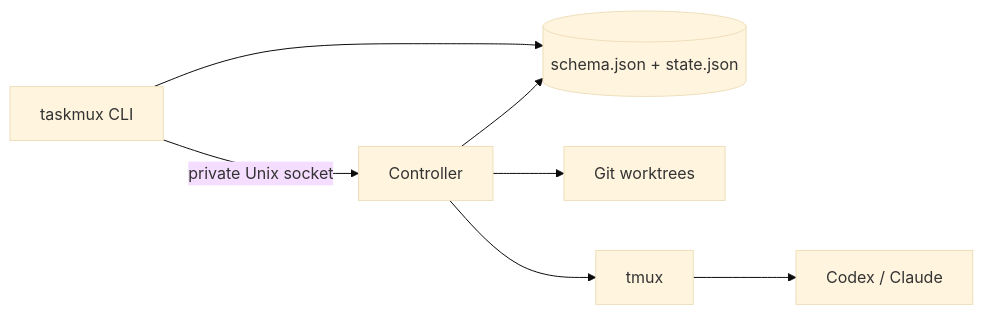
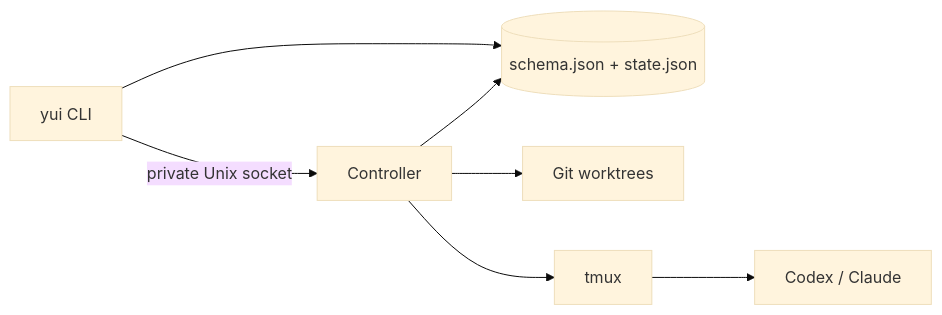
The diagram in ARCHITECTURE.md (zhangqian-silk/Yui), drawn with Mermaid (base theme) before and after one commit. The commit also changed other lines of this file and 91 other files, not shown here.

````diff
--- a/ARCHITECTURE.md
+++ b/ARCHITECTURE.md
@@ -7,9 +7,9 @@
 ```mermaid
 flowchart LR
-  CLI[taskmux CLI] --> F[(schema.json + state.json)]
+  CLI[yui CLI] --> F[(schema.json + state.json)]
   CLI -->|private Unix socket| C[Controller]
   C --> F
   C --> G[Git worktrees]
   C --> T[tmux]
   T --> A[Codex / Claude]
 ```
````
